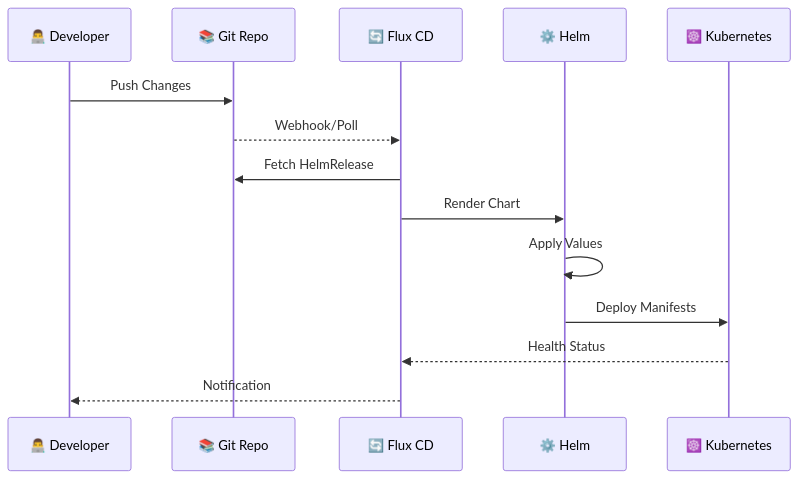
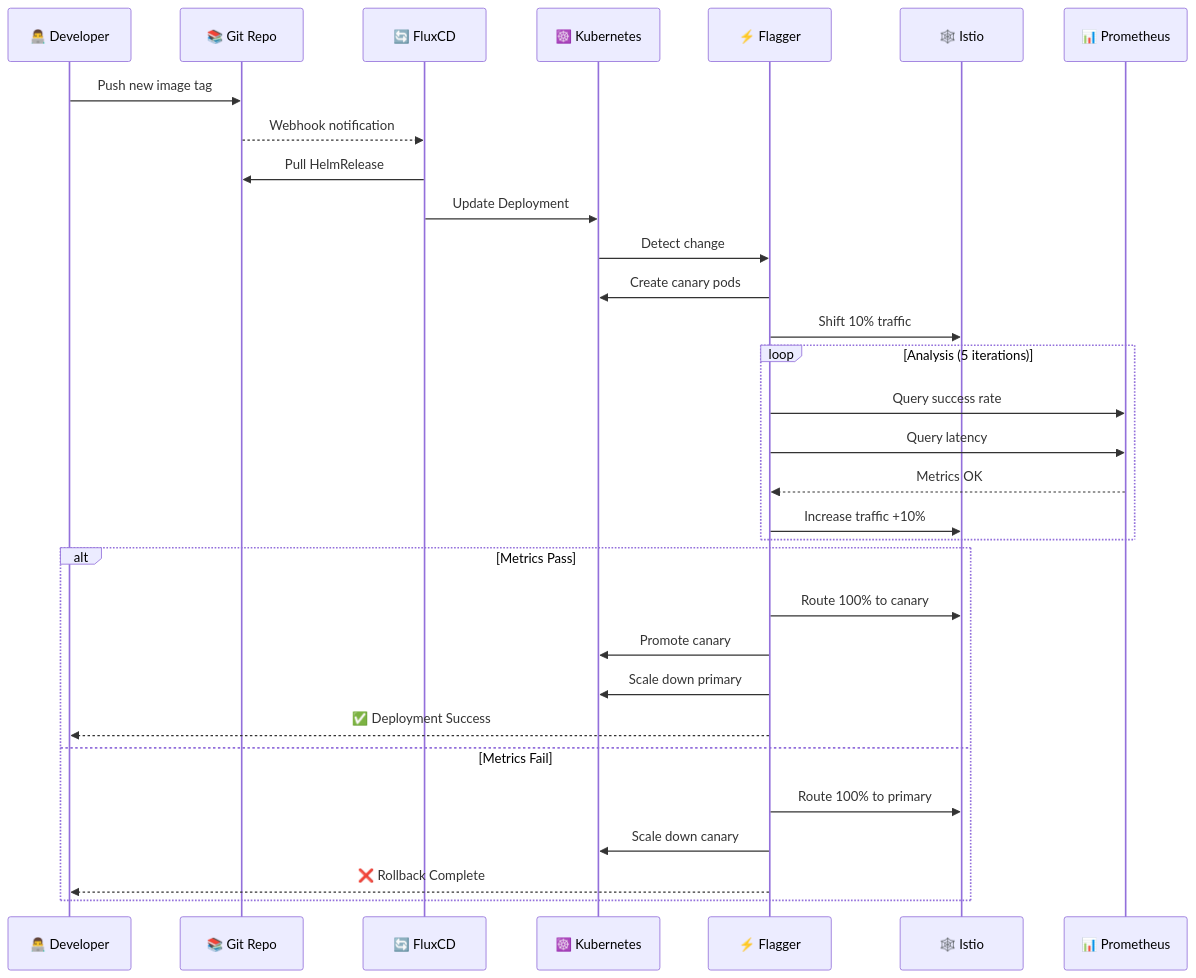
One commit to Saoudyahya/Flux-gitops-Market-Impact-Analysis-system changed the second of 6 diagrams in README.md. Above: the diagram before and after it, drawn with Mermaid. The commit also changed other lines of this file, not shown here.

````diff
--- a/README.md
+++ b/README.md
@@ -526,17 +202,37 @@
 ```mermaid
 sequenceDiagram
     participant Dev as 👨‍💻 Developer
     participant Git as 📚 Git Repo
-    participant Flux as 🔄 Flux CD
-    participant Helm as ⚙️ Helm
+    participant Flux as 🔄 FluxCD
     participant K8s as ☸️ Kubernetes
+    participant Flagger as ⚡ Flagger
+    participant Istio as 🕸️ Istio
+    participant Prom as 📊 Prometheus
     
-    Dev->>Git: Push Changes
-    Git-->>Flux: Webhook/Poll
-    Flux->>Git: Fetch HelmRelease
-    Flux->>Helm: Render Chart
-    Helm->>Helm: Apply Values
-    Helm->>K8s: Deploy Manifests
-    K8s-->>Flux: Health Status
-    Flux-->>Dev: Notification
+    Dev->>Git: Push new image tag
+    Git-->>Flux: Webhook notification
+    Flux->>Git: Pull HelmRelease
+    Flux->>K8s: Update Deployment
+    K8s->>Flagger: Detect change
+    
+    Flagger->>K8s: Create canary pods
+    Flagger->>Istio: Shift 10% traffic
+    
+    loop Analysis (5 iterations)
+        Flagger->>Prom: Query success rate
+        Flagger->>Prom: Query latency
+        Prom-->>Flagger: Metrics OK
+        Flagger->>Istio: Increase traffic +10%
+    end
+    
+    alt Metrics Pass
+        Flagger->>Istio: Route 100% to canary
+        Flagger->>K8s: Promote canary
+        Flagger->>K8s: Scale down primary
+        Flagger-->>Dev: ✅ Deployment Success
+    else Metrics Fail
+        Flagger->>Istio: Route 100% to primary
+        Flagger->>K8s: Scale down canary
+        Flagger-->>Dev: ❌ Rollback Complete
+    end
 ```
````
